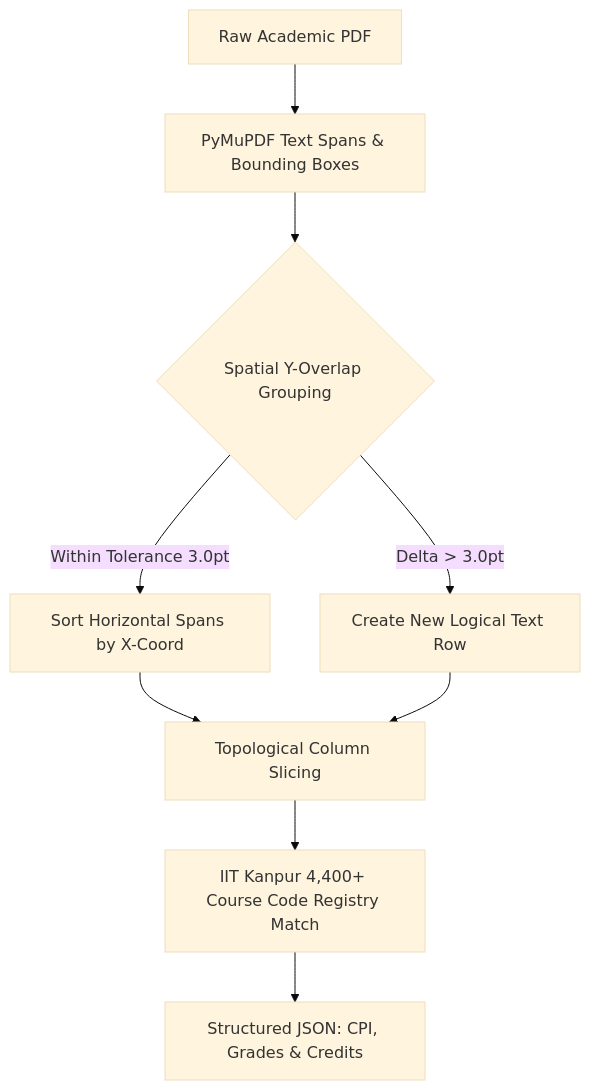
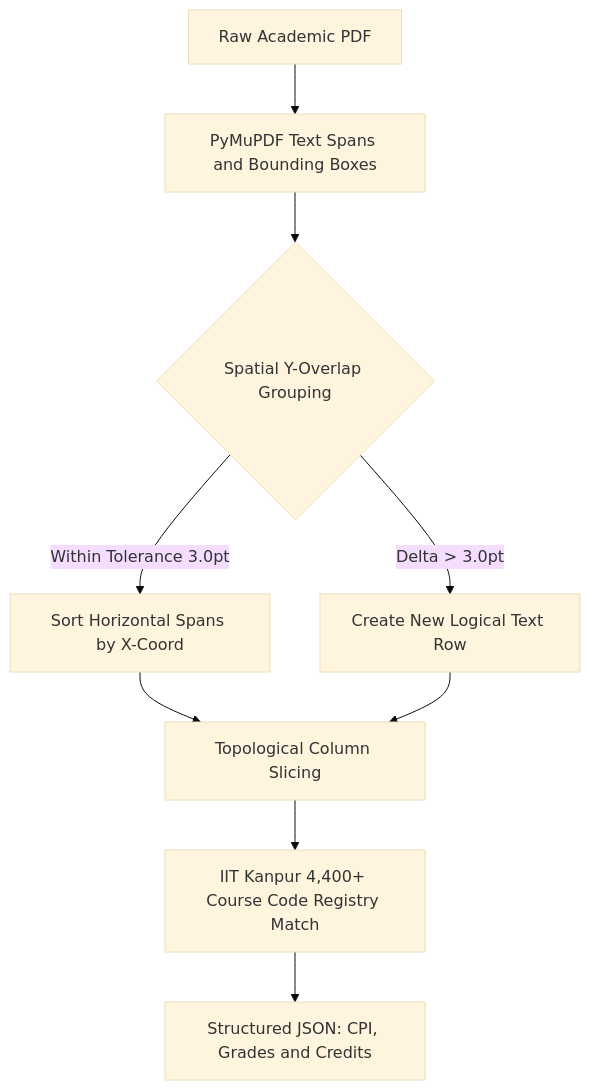
The diagram in src/content/blogs/spatial-geometry-parsing-in-pymupdf.md (Bittu5134/bittu5134.github.io), drawn with Mermaid (base theme) before and after one commit. The commit also changed 24 other files, not shown here.

Commit message:
feat(blog): fix mermaid diagrams, add dark theme, littlefoot footnotes, and static indexing search

````diff
--- a/src/content/blogs/spatial-geometry-parsing-in-pymupdf.md
+++ b/src/content/blogs/spatial-geometry-parsing-in-pymupdf.md
@@ -27,11 +27,11 @@
 ```mermaid
 flowchart TD
-    A[Raw Academic PDF] --> B[PyMuPDF Text Spans & Bounding Boxes]
-    B --> C{Spatial Y-Overlap Grouping}
-    C -->|Within Tolerance 3.0pt| D[Sort Horizontal Spans by X-Coord]
-    C -->|Delta > 3.0pt| E[Create New Logical Text Row]
-    D --> F[Topological Column Slicing]
+    A["Raw Academic PDF"] --> B["PyMuPDF Text Spans and Bounding Boxes"]
+    B --> C{"Spatial Y-Overlap Grouping"}
+    C -->|"Within Tolerance 3.0pt"| D["Sort Horizontal Spans by X-Coord"]
+    C -->|"Delta > 3.0pt"| E["Create New Logical Text Row"]
+    D --> F["Topological Column Slicing"]
     E --> F
-    F --> G[IIT Kanpur 4,400+ Course Code Registry Match]
-    G --> H[Structured JSON: CPI, Grades & Credits]
+    F --> G["IIT Kanpur 4,400+ Course Code Registry Match"]
+    G --> H["Structured JSON: CPI, Grades and Credits"]
 ```
````
